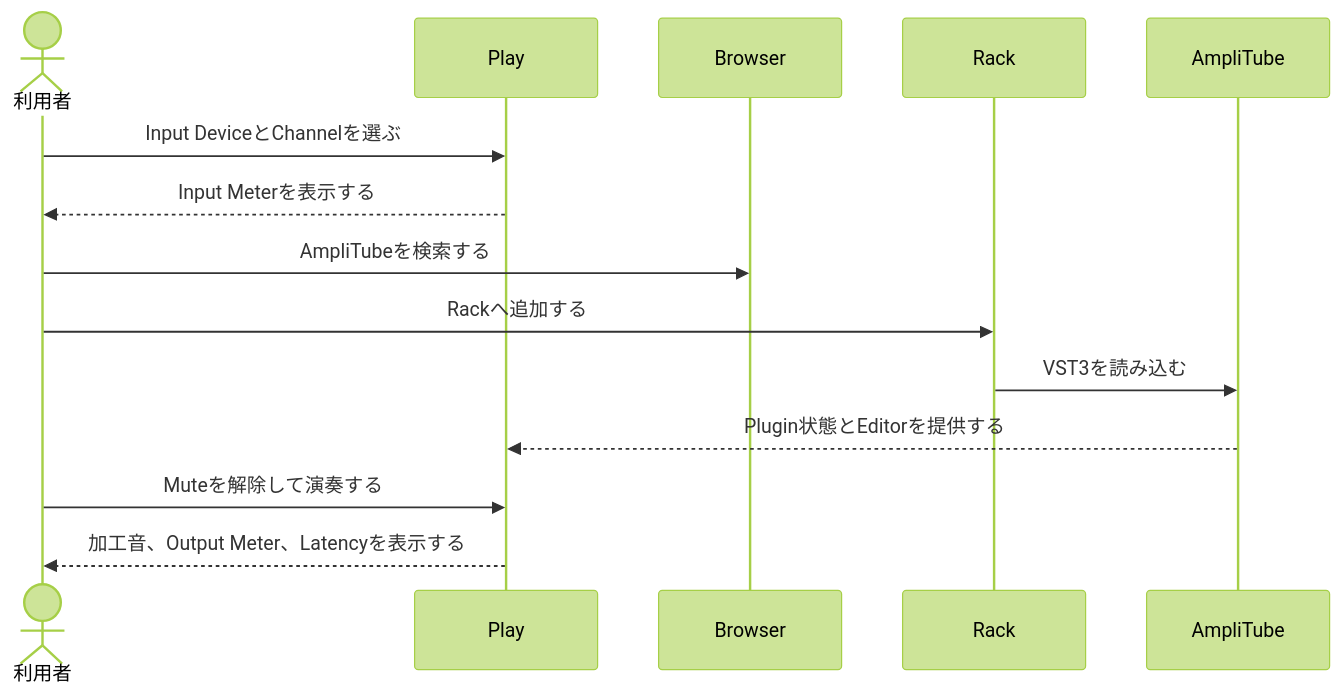
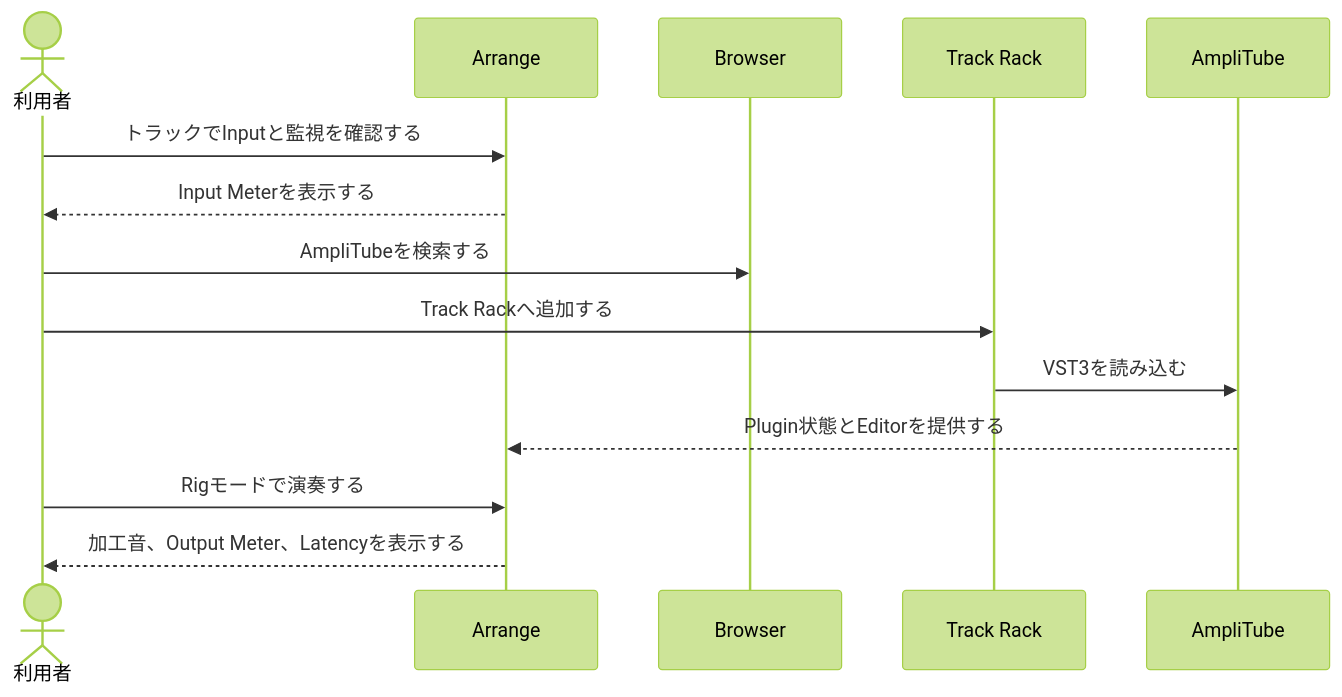
Before and after one commit to endo-ly/riffra: the seventh of 12 diagrams in docs/ui-ux-design/ui-ux-design.md, drawn with Mermaid (forest theme). The commit also changed other lines of this file and 10 other files, not shown here.

Commit message:
docs: merge Play into Arrange and add headless CLI protocol

````diff
--- a/docs/ui-ux-design/ui-ux-design.md
+++ b/docs/ui-ux-design/ui-ux-design.md
@@ -462,16 +473,16 @@
 ```mermaid
 sequenceDiagram
     actor U as 利用者
-    participant P as Play
+    participant A as Arrange
     participant B as Browser
-    participant R as Rack
+    participant R as Track Rack
     participant V as AmpliTube
-    U->>P: Input DeviceとChannelを選ぶ
-    P-->>U: Input Meterを表示する
+    U->>A: トラックでInputと監視を確認する
+    A-->>U: Input Meterを表示する
     U->>B: AmpliTubeを検索する
-    U->>R: Rackへ追加する
+    U->>R: Track Rackへ追加する
     R->>V: VST3を読み込む
-    V-->>P: Plugin状態とEditorを提供する
-    U->>P: Muteを解除して演奏する
-    P-->>U: 加工音、Output Meter、Latencyを表示する
+    V-->>A: Plugin状態とEditorを提供する
+    U->>A: Rigモードで演奏する
+    A-->>U: 加工音、Output Meter、Latencyを表示する
 ```
````
